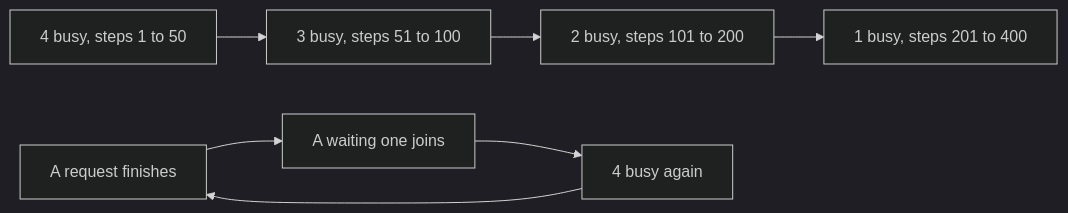
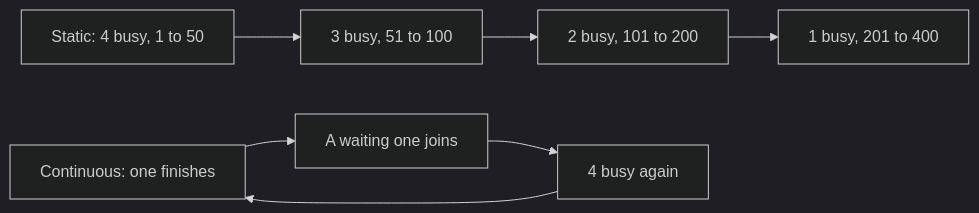
Before and after one commit to devweekends/Buildment: the diagram in courses/ai-engineering-interview/11-inference-and-serving/11.05-batching-and-paging.md, drawn with Mermaid (dark theme). The commit also changed other lines of this file and 12 other files, not shown here.

````diff
--- a/courses/ai-engineering-interview/11-inference-and-serving/11.05-batching-and-paging.md
+++ b/courses/ai-engineering-interview/11-inference-and-serving/11.05-batching-and-paging.md
@@ -35,9 +35,9 @@
 ```mermaid
 flowchart LR
-  A[4 busy, steps 1 to 50] --> B[3 busy, steps 51 to 100]
-  B --> C[2 busy, steps 101 to 200]
-  C --> D[1 busy, steps 201 to 400]
-  E[A request finishes] --> F[A waiting one joins]
+  A[Static: 4 busy, 1 to 50] --> B[3 busy, 51 to 100]
+  B --> C[2 busy, 101 to 200]
+  C --> D[1 busy, 201 to 400]
+  E[Continuous: one finishes] --> F[A waiting one joins]
   F --> G[4 busy again]
   G --> E
 ```
````
